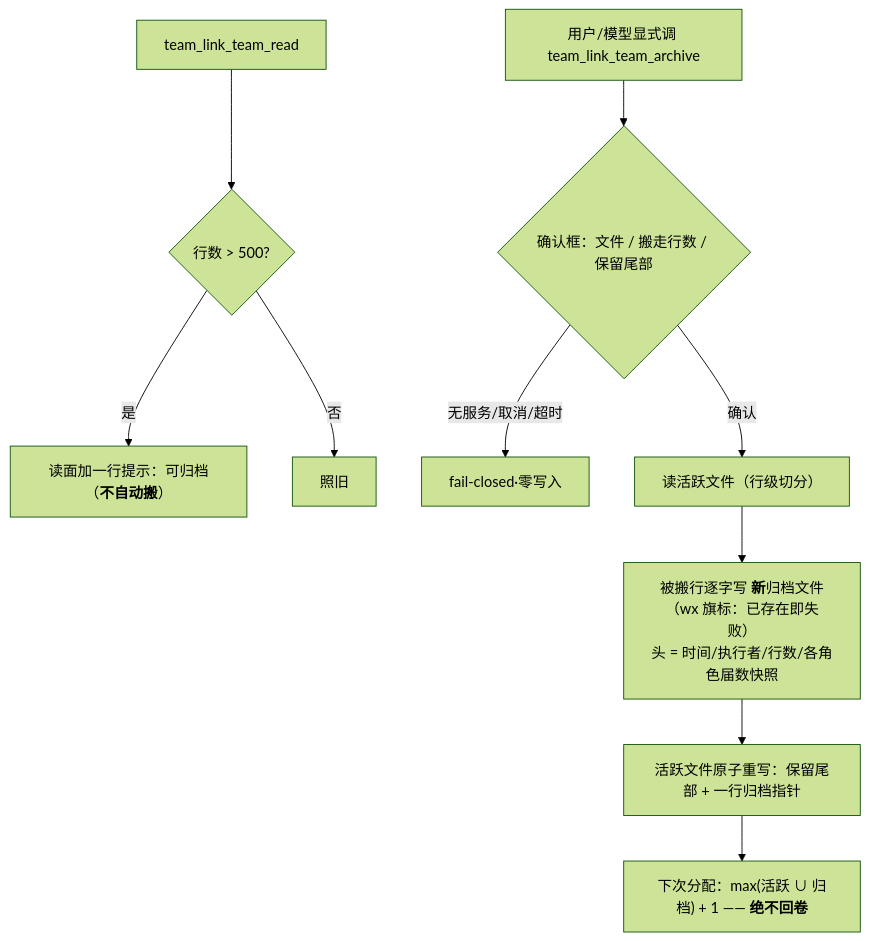
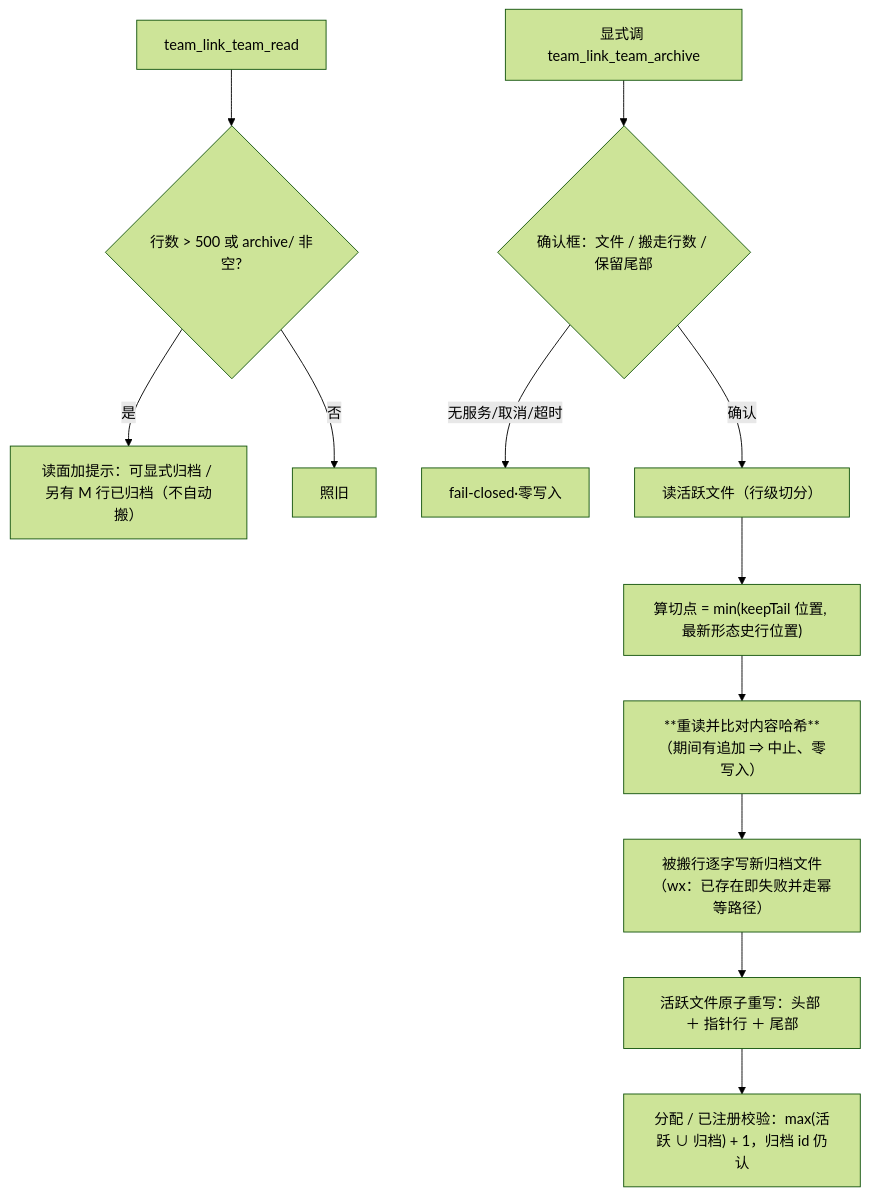
Before and after one commit to shenhuanageshei/dsh-team-link: the diagram in docs/2026-10-18-blackboard-archive-design.md, drawn with Mermaid (forest theme). The commit also changed other lines of this file and 15 other files, not shown here.

````diff
--- a/docs/2026-10-18-blackboard-archive-design.md
+++ b/docs/2026-10-18-blackboard-archive-design.md
@@ -13,12 +16,14 @@
 ```mermaid
 flowchart TD
-    A["team_link_team_read"] --> B{"行数 > 500?"}
-    B -- 是 --> C["读面加一行提示：可归档（<b>不自动搬</b>）"]
+    A["team_link_team_read"] --> B{"行数 > 500 或 archive/ 非空?"}
+    B -- 是 --> C["读面加提示：可显式归档 / 另有 M 行已归档（不自动搬）"]
     B -- 否 --> D["照旧"]
-    E["用户/模型显式调 team_link_team_archive"] --> F{"确认框：文件 / 搬走行数 / 保留尾部"}
+    E["显式调 team_link_team_archive"] --> F{"确认框：文件 / 搬走行数 / 保留尾部"}
     F -- 无服务/取消/超时 --> X0["fail-closed·零写入"]
     F -- 确认 --> G["读活跃文件（行级切分）"]
-    G --> H["被搬行逐字写 <b>新</b>归档文件（wx 旗标：已存在即失败）<br/>头 = 时间/执行者/行数/各角色届数快照"]
-    H --> I["活跃文件原子重写：保留尾部 + 一行归档指针"]
-    I --> J["下次分配：max(活跃 ∪ 归档) + 1 —— <b>绝不回卷</b>"]
+    G --> H["算切点 = min(keepTail 位置, 最新形态史行位置)"]
+    H --> I["**重读并比对内容哈希**（期间有追加 ⇒ 中止、零写入）"]
+    I --> J["被搬行逐字写新归档文件（wx：已存在即失败并走幂等路径）"]
+    J --> K["活跃文件原子重写：头部 ＋ 指针行 ＋ 尾部"]
+    K --> L["分配 / 已注册校验：max(活跃 ∪ 归档) + 1，归档 id 仍认"]
 ```
````
